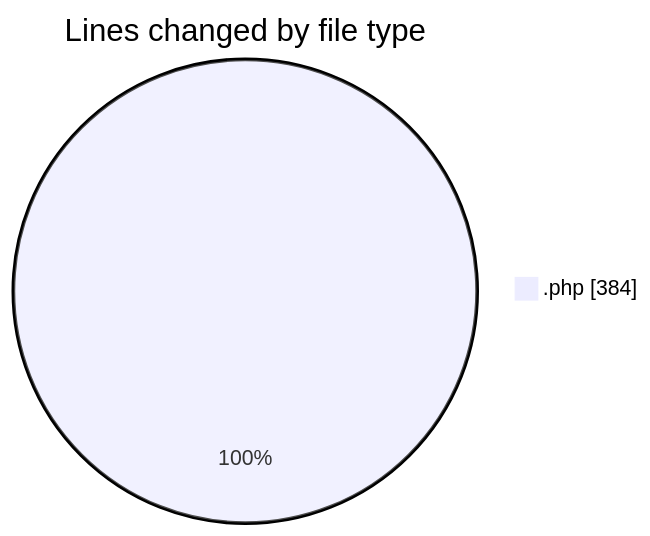
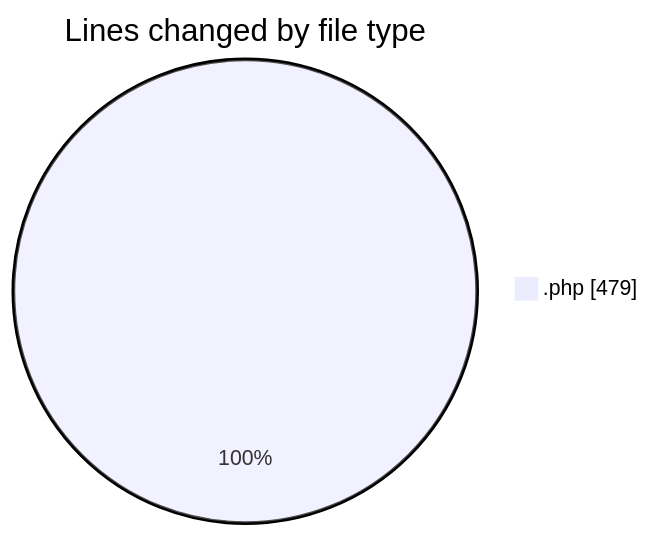
One commit to debugP/code-tracking changed the first of 2 diagrams in 2025-09-23/plugins/README.md. Above: the diagram before and after it, drawn with Mermaid. The commit also changed other lines of this file and 1 other file, not shown here.

````diff
--- a/2025-09-23/plugins/README.md
+++ b/2025-09-23/plugins/README.md
@@ -20,5 +20,5 @@
 ```mermaid
 pie showData
 title Lines changed by file type
-".php" : 384
+".php" : 479
 ```
````
